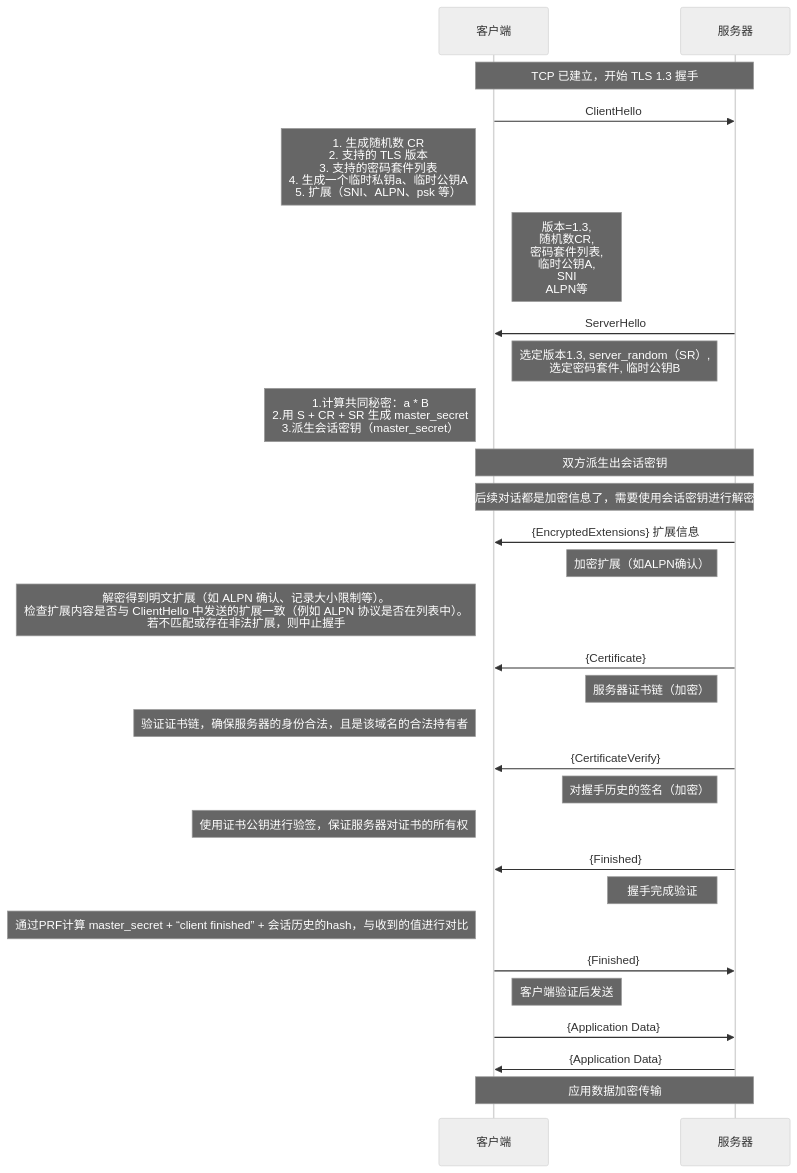
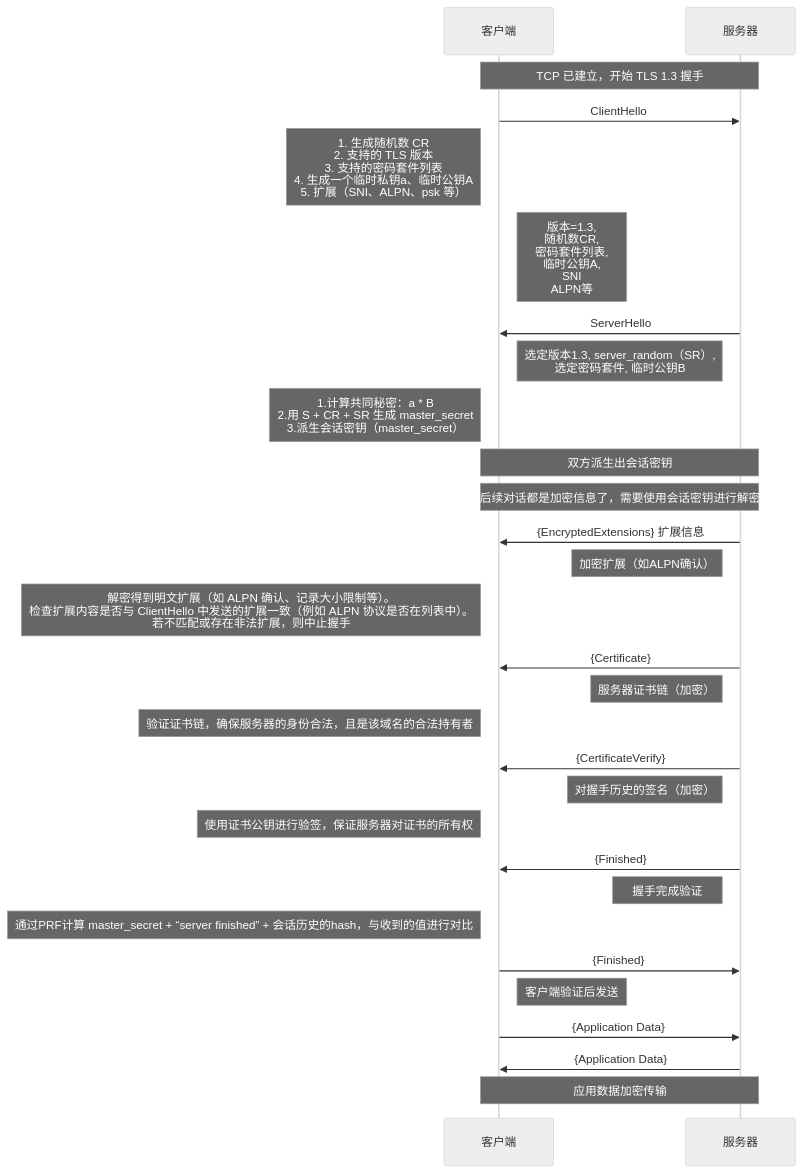
One commit to HY-10-8/iodraw-files changed the diagram in all/TLS-1.3-通用.md. Above: the diagram before and after it, drawn with Mermaid (neutral theme).

Commit message:
2026-03-30 18:59:24 update

````diff
--- a/all/TLS-1.3-通用.md
+++ b/all/TLS-1.3-通用.md
@@ -1,41 +1,41 @@
 ```mermaid
 sequenceDiagram
     participant C as 客户端
     participant S as 服务器
 
     Note over C,S: TCP 已建立，开始 TLS 1.3 握手
 
     C->>S: ClientHello
     Note left of C: 1. 生成随机数 CR<br/> 2. 支持的 TLS 版本<br/> 3. 支持的密码套件列表<br/> 4. 生成一个临时私钥a、临时公钥A<br/> 5. 扩展（SNI、ALPN、psk 等）
     Note right of C: 版本=1.3,<br/> 随机数CR,<br/> 密码套件列表,<br/> 临时公钥A,<br/> SNI<br/> ALPN等
 
     S->>C: ServerHello
     Note left of S: 选定版本1.3, server_random（SR）,<br/> 选定密码套件, 临时公钥B
     Note left of C: 1.计算共同秘密：a * B<br/> 2.用 S + CR + SR 生成 master_secret<br/> 3.派生会话密钥（master_secret）
 
     Note over C,S: 双方派生出会话密钥
     Note over C,S: 后续对话都是加密信息了，需要使用会话密钥进行解密
 
     S->>C: {EncryptedExtensions} 扩展信息
     Note left of S: 加密扩展（如ALPN确认）
     Note left of C: 解密得到明文扩展（如 ALPN 确认、记录大小限制等）。<br/>检查扩展内容是否与 ClientHello 中发送的扩展一致（例如 ALPN 协议是否在列表中）。<br/> 若不匹配或存在非法扩展，则中止握手
 
     S->>C: {Certificate}
     Note left of S: 服务器证书链（加密）
     Note left of C: 验证证书链，确保服务器的身份合法，且是该域名的合法持有者
 
     S->>C: {CertificateVerify}
     Note left of S: 对握手历史的签名（加密）
     Note left of C: 使用证书公钥进行验签，保证服务器对证书的所有权
 
     S->>C: {Finished}
     Note left of S: 握手完成验证
-    Note left of C: 通过PRF计算 master_secret + “client finished” + 会话历史的hash，与收到的值进行对比
+    Note left of C: 通过PRF计算 master_secret + “server finished” + 会话历史的hash，与收到的值进行对比
 
     C->>S: {Finished}
     Note right of C: 客户端验证后发送
 
     C->>S: {Application Data}
     S->>C: {Application Data}
     Note over C,S: 应用数据加密传输
 ```
````
